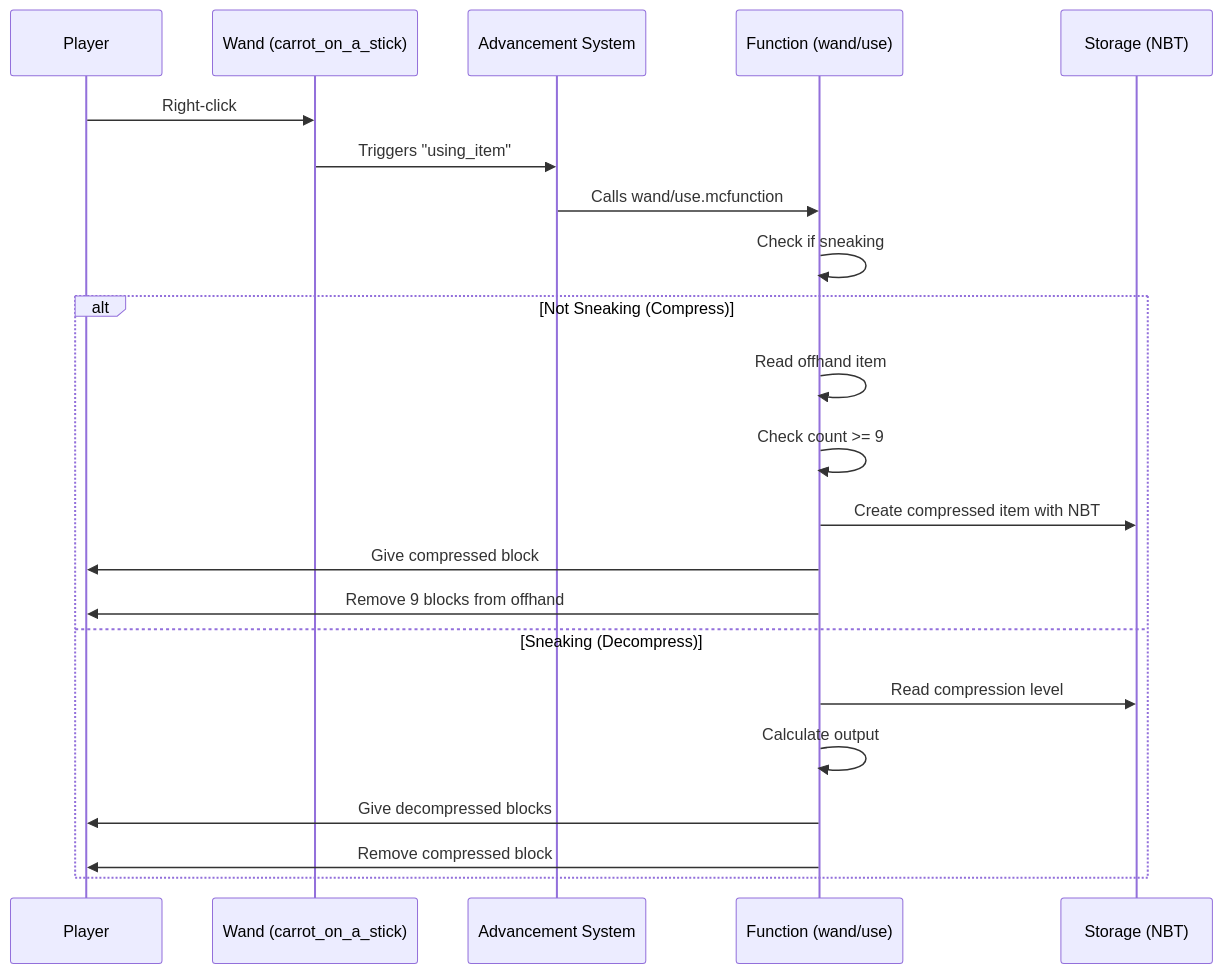
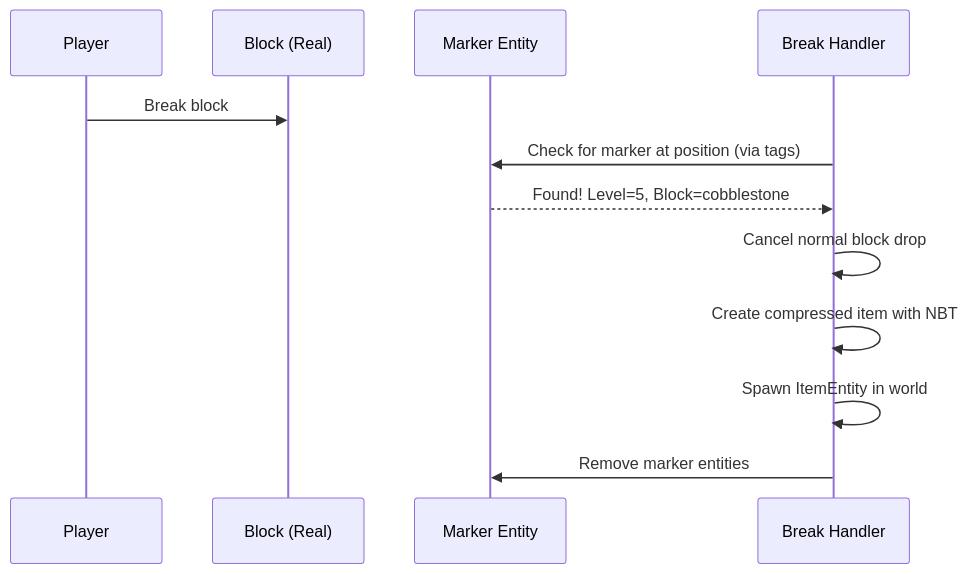
One commit to Underwood-Inc/compressy changed the fifth of 9 diagrams in README.md. Above: the diagram before and after it, drawn with Mermaid. The commit also changed other lines of this file and 15 other files, not shown here.

````diff
--- a/README.md
+++ b/README.md
@@ -274,26 +279,15 @@
 ```mermaid
 sequenceDiagram
     participant P as Player
-    participant W as Wand (carrot_on_a_stick)
-    participant A as Advancement System
-    participant F as Function (wand/use)
-    participant S as Storage (NBT)
+    participant B as Block (Real)
+    participant M as Marker Entity
+    participant H as Break Handler
     
-    P->>W: Right-click
-    W->>A: Triggers "using_item"
-    A->>F: Calls wand/use.mcfunction
-    F->>F: Check if sneaking
-    
-    alt Not Sneaking (Compress)
-        F->>F: Read offhand item
-        F->>F: Check count >= 9
-        F->>S: Create compressed item with NBT
-        F->>P: Give compressed block
-        F->>P: Remove 9 blocks from offhand
-    else Sneaking (Decompress)
-        F->>S: Read compression level
-        F->>F: Calculate output
-        F->>P: Give decompressed blocks
-        F->>P: Remove compressed block
-    end
+    P->>B: Break block
+    H->>M: Check for marker at position (via tags)
+    M-->>H: Found! Level=5, Block=cobblestone
+    H->>H: Cancel normal block drop
+    H->>H: Create compressed item with NBT
+    H->>H: Spawn ItemEntity in world
+    H->>M: Remove marker entities
 ```
````
